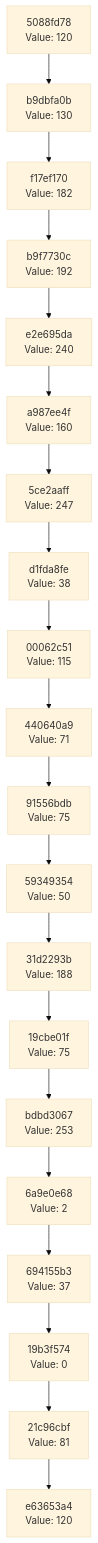
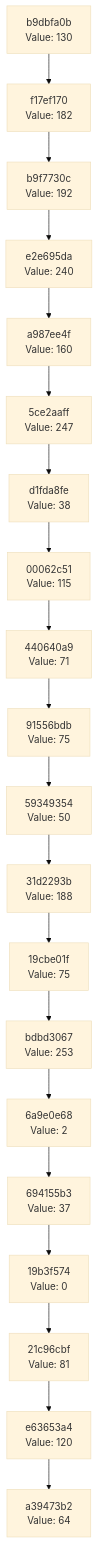
Before and after one commit to Abhisheksinha1506/hash-chain-evolver: the diagram in docs/CHAIN_VISUALIZATION.md, drawn with Mermaid (base theme). The commit also changed 3 other files, not shown here.

````diff
--- a/docs/CHAIN_VISUALIZATION.md
+++ b/docs/CHAIN_VISUALIZATION.md
@@ -3,42 +3,42 @@
 ```mermaid
 graph TD
-    C0["e63653a4<br/>Value: 120"]
-    C1["21c96cbf<br/>Value: 81"]
+    C0["a39473b2<br/>Value: 64"]
+    C1["e63653a4<br/>Value: 120"]
     C1 --> C0
-    C2["19b3f574<br/>Value: 0"]
+    C2["21c96cbf<br/>Value: 81"]
     C2 --> C1
-    C3["694155b3<br/>Value: 37"]
+    C3["19b3f574<br/>Value: 0"]
     C3 --> C2
-    C4["6a9e0e68<br/>Value: 2"]
+    C4["694155b3<br/>Value: 37"]
     C4 --> C3
-    C5["bdbd3067<br/>Value: 253"]
+    C5["6a9e0e68<br/>Value: 2"]
     C5 --> C4
-    C6["19cbe01f<br/>Value: 75"]
+    C6["bdbd3067<br/>Value: 253"]
     C6 --> C5
-    C7["31d2293b<br/>Value: 188"]
+    C7["19cbe01f<br/>Value: 75"]
     C7 --> C6
-    C8["59349354<br/>Value: 50"]
+    C8["31d2293b<br/>Value: 188"]
     C8 --> C7
-    C9["91556bdb<br/>Value: 75"]
+    C9["59349354<br/>Value: 50"]
     C9 --> C8
-    C10["440640a9<br/>Value: 71"]
+    C10["91556bdb<br/>Value: 75"]
     C10 --> C9
-    C11["00062c51<br/>Value: 115"]
+    C11["440640a9<br/>Value: 71"]
     C11 --> C10
-    C12["d1fda8fe<br/>Value: 38"]
+    C12["00062c51<br/>Value: 115"]
     C12 --> C11
-    C13["5ce2aaff<br/>Value: 247"]
+    C13["d1fda8fe<br/>Value: 38"]
     C13 --> C12
-    C14["a987ee4f<br/>Value: 160"]
+    C14["5ce2aaff<br/>Value: 247"]
     C14 --> C13
-    C15["e2e695da<br/>Value: 240"]
+    C15["a987ee4f<br/>Value: 160"]
     C15 --> C14
-    C16["b9f7730c<br/>Value: 192"]
+    C16["e2e695da<br/>Value: 240"]
     C16 --> C15
-    C17["f17ef170<br/>Value: 182"]
+    C17["b9f7730c<br/>Value: 192"]
     C17 --> C16
-    C18["b9dbfa0b<br/>Value: 130"]
+    C18["f17ef170<br/>Value: 182"]
     C18 --> C17
-    C19["5088fd78<br/>Value: 120"]
+    C19["b9dbfa0b<br/>Value: 130"]
     C19 --> C18
 ```
````
